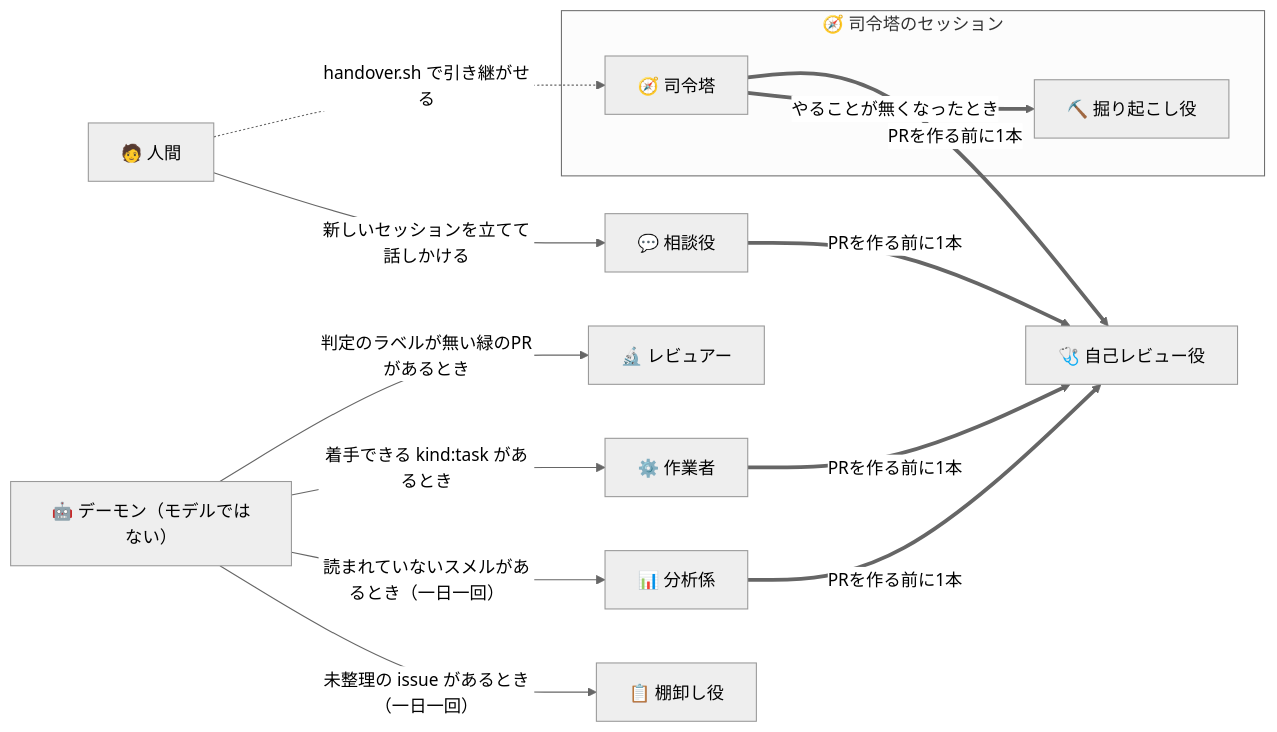
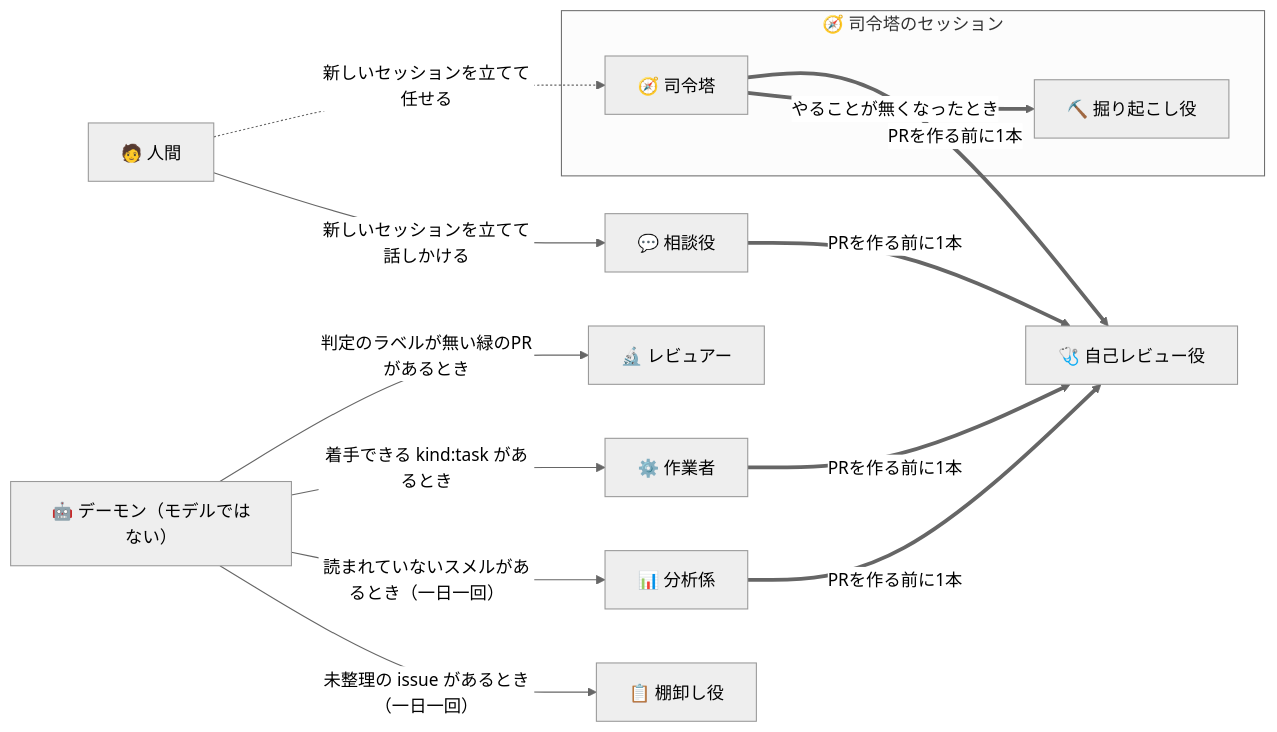
Before and after one commit to gooyyu1/UnmappedIsland: the first of 5 diagrams in docs/ParallelAgents.md, drawn with Mermaid (neutral theme). The commit also changed other lines of this file and 9 other files, not shown here.

````diff
--- a/docs/ParallelAgents.md
+++ b/docs/ParallelAgents.md
@@ -28,28 +28,28 @@
 ```mermaid
 flowchart LR
     Human["🧑 人間"]
     Daemon["🤖 デーモン（モデルではない）"]
     Adviser["💬 相談役"]
     Triage["📋 棚卸し役"]
     Analysis["📊 分析係"]
     Reviewer["🔬 レビュアー"]
     Worker["⚙️ 作業者"]
     SelfReview["🩺 自己レビュー役"]
 
     subgraph CmdSession["🧭 司令塔のセッション"]
         Cmd["🧭 司令塔"]
         Digger["⛏️ 掘り起こし役"]
     end
 
     Human -->|"新しいセッションを立てて話しかける"| Adviser
-    Human -.->|"handover.sh で引き継がせる"| Cmd
+    Human -.->|"新しいセッションを立てて任せる"| Cmd
     Cmd ==>|"やることが無くなったとき"| Digger
     Daemon -->|"未整理の issue があるとき（一日一回）"| Triage
     Daemon -->|"読まれていないスメルがあるとき（一日一回）"| Analysis
     Daemon -->|"着手できる kind:task があるとき"| Worker
     Daemon -->|"判定のラベルが無い緑のPRがあるとき"| Reviewer
     Worker ==>|"PRを作る前に1本"| SelfReview
     Analysis ==>|"PRを作る前に1本"| SelfReview
     Adviser ==>|"PRを作る前に1本"| SelfReview
     Cmd ==>|"PRを作る前に1本"| SelfReview
 ```
````
